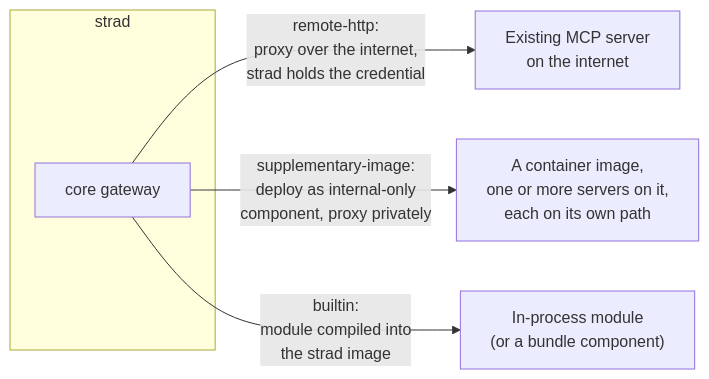
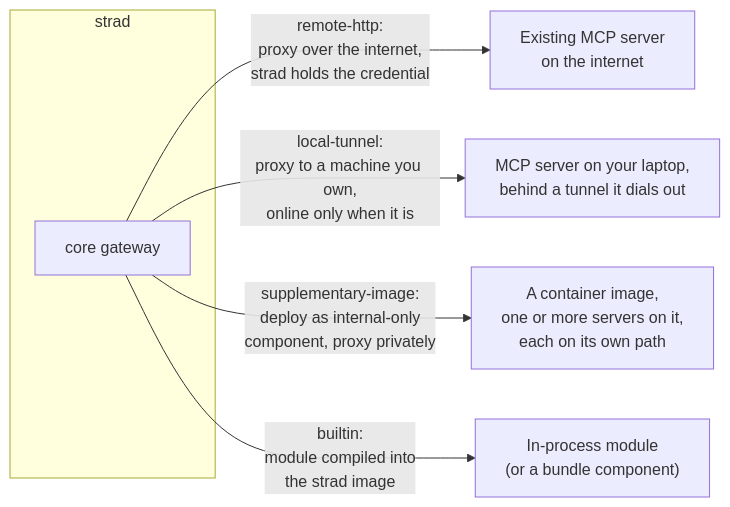
One commit to tadasant/strad changed the diagram in docs/src/content/docs/servers/interface.md. Above: the diagram before and after it, drawn with Mermaid. The commit also changed other lines of this file and 10 other files, not shown here.

````diff
--- a/docs/src/content/docs/servers/interface.md
+++ b/docs/src/content/docs/servers/interface.md
@@ -44,9 +44,10 @@
 ```mermaid
 flowchart LR
     subgraph strad["strad"]
         G["core gateway"]
     end
     G -->|"remote-http:<br/>proxy over the internet,<br/>strad holds the credential"| RH["Existing MCP server<br/>on the internet"]
+    G -->|"local-tunnel:<br/>proxy to a machine you own,<br/>online only when it is"| LT["MCP server on your laptop,<br/>behind a tunnel it dials out"]
     G -->|"supplementary-image:<br/>deploy as internal-only<br/>component, proxy privately"| SI["A container image,<br/>one or more servers on it,<br/>each on its own path"]
     G -->|"builtin:<br/>module compiled into<br/>the strad image"| BI["In-process module<br/>(or a bundle component)"]
 ```
````
